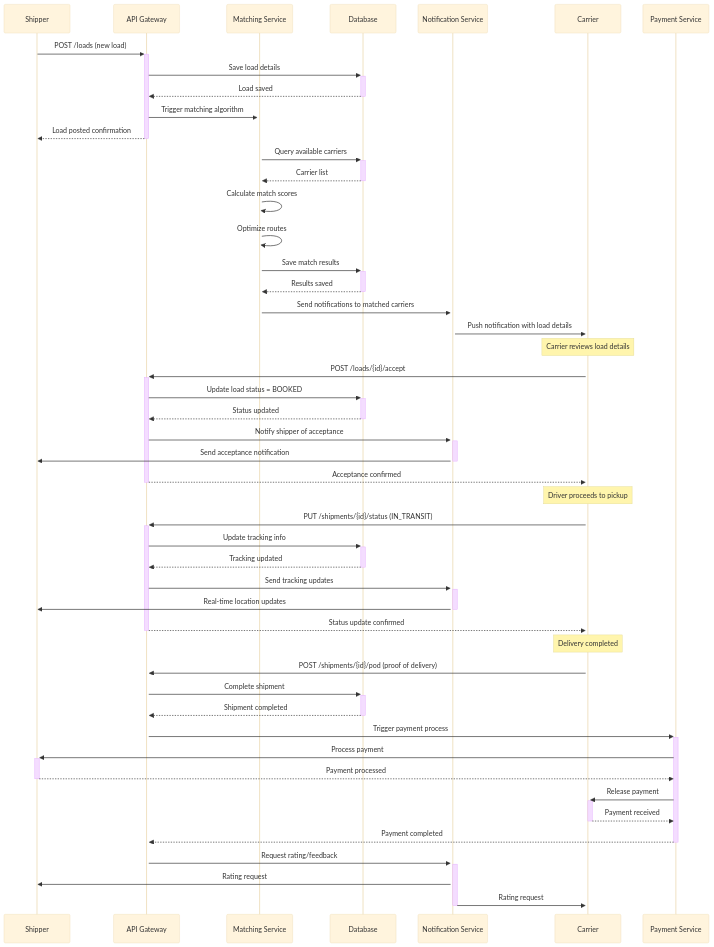
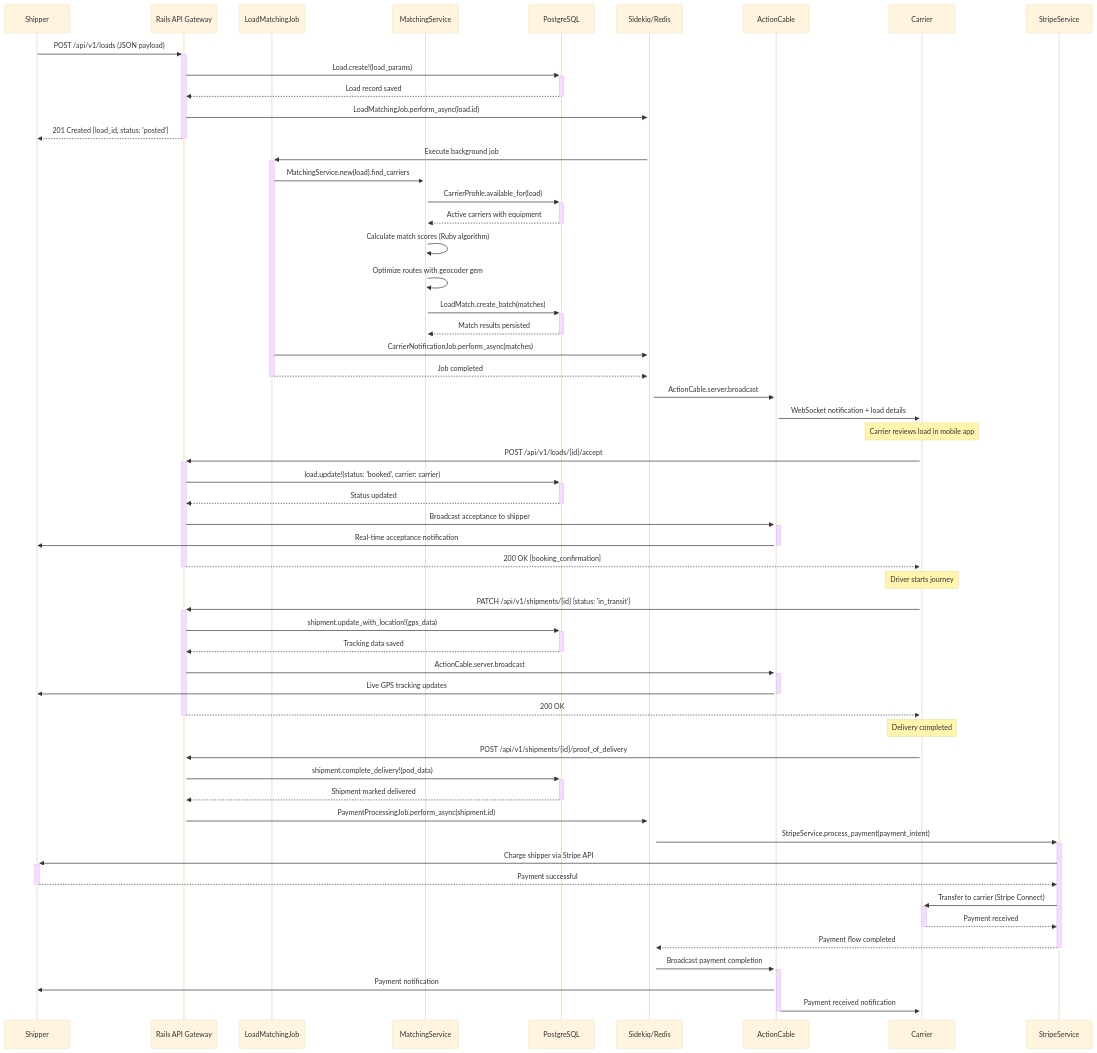
The second of 9 diagrams in UML_Design.md (John-Jepsen/digital-freight-matching), drawn with Mermaid (base theme) before and after one commit. The commit also changed other lines of this file and 3 other files, not shown here.

First line of the commit message:
feat: Complete Ruby/Rails architecture overhaul

````diff
--- a/UML_Design.md
+++ b/UML_Design.md
@@ -259,57 +240,64 @@
 ```mermaid
 sequenceDiagram
     participant S as Shipper
-    participant API as API Gateway
-    participant MS as Matching Service
-    participant DB as Database
-    participant NS as Notification Service
+    participant API as Rails API Gateway
+    participant LJ as LoadMatchingJob
+    participant MS as MatchingService
+    participant DB as PostgreSQL
+    participant RQ as Sidekiq/Redis
+    participant AC as ActionCable
     participant C as Carrier
-    participant PS as Payment Service
+    participant PS as StripeService
 
-    S->>+API: POST /loads (new load)
-    API->>+DB: Save load details
-    DB-->>-API: Load saved
-    API->>+MS: Trigger matching algorithm
-    API-->>-S: Load posted confirmation
+    S->>+API: POST /api/v1/loads (JSON payload)
+    API->>+DB: Load.create!(load_params)
+    DB-->>-API: Load record saved
+    API->>+RQ: LoadMatchingJob.perform_async(load.id)
+    API-->>-S: 201 Created {load_id, status: 'posted'}
 
-    MS->>+DB: Query available carriers
-    DB-->>-MS: Carrier list
-    MS->>MS: Calculate match scores
-    MS->>MS: Optimize routes
-    MS->>+DB: Save match results
-    DB-->>-MS: Results saved
+    RQ->>+LJ: Execute background job
+    LJ->>+MS: MatchingService.new(load).find_carriers
+    MS->>+DB: CarrierProfile.available_for(load)
+    DB-->>-MS: Active carriers with equipment
+    MS->>MS: Calculate match scores (Ruby algorithm)
+    MS->>MS: Optimize routes with geocoder gem
+    MS->>+DB: LoadMatch.create_batch(matches)
+    DB-->>-MS: Match results persisted
+    LJ->>+RQ: CarrierNotificationJob.perform_async(matches)
+    LJ-->>-RQ: Job completed
 
-    MS->>+NS: Send notifications to matched carriers
-    NS->>+C: Push notification with load details
-    Note over C: Carrier reviews load details
+    RQ->>+AC: ActionCable.server.broadcast
+    AC->>+C: WebSocket notification + load details
+    Note over C: Carrier reviews load in mobile app
 
-    C->>+API: POST /loads/{id}/accept
-    API->>+DB: Update load status = BOOKED
+    C->>+API: POST /api/v1/loads/{id}/accept
+    API->>+DB: load.update!(status: 'booked', carrier: carrier)
     DB-->>-API: Status updated
-    API->>+NS: Notify shipper of acceptance
-    NS->>-S: Send acceptance notification
-    API-->>-C: Acceptance confirmed
+    API->>+AC: Broadcast acceptance to shipper
+    AC->>-S: Real-time acceptance notification
+    API-->>-C: 200 OK {booking_confirmation}
 
-    Note over C: Driver proceeds to pickup
-    C->>+API: PUT /shipments/{id}/status (IN_TRANSIT)
-    API->>+DB: Update tracking info
-    DB-->>-API: Tracking updated
-    API->>+NS: Send tracking updates
-    NS->>-S: Real-time location updates
-    API-->>-C: Status update confirmed
+    Note over C: Driver starts journey
+    C->>+API: PATCH /api/v1/shipments/{id} {status: 'in_transit'}
+    API->>+DB: shipment.update_with_location!(gps_data)
+    DB-->>-API: Tracking data saved
+    API->>+AC: ActionCable.server.broadcast
+    AC->>-S: Live GPS tracking updates
+    API-->>-C: 200 OK
 
     Note over C: Delivery completed
-    C->>+API: POST /shipments/{id}/pod (proof of delivery)
-    API->>+DB: Complete shipment
-    DB-->>-API: Shipment completed
-    API->>+PS: Trigger payment process
-    PS->>+S: Process payment
-    S-->>-PS: Payment processed
-    PS->>+C: Release payment
+    C->>+API: POST /api/v1/shipments/{id}/proof_of_delivery
+    API->>+DB: shipment.complete_delivery!(pod_data)
+    DB-->>-API: Shipment marked delivered
+    API->>+RQ: PaymentProcessingJob.perform_async(shipment.id)
+    RQ->>+PS: StripeService.process_payment(payment_intent)
+    PS->>+S: Charge shipper via Stripe API
+    S-->>-PS: Payment successful
+    PS->>+C: Transfer to carrier (Stripe Connect)
     C-->>-PS: Payment received
-    PS-->>-API: Payment completed
+    PS-->>-RQ: Payment flow completed
 
-    API->>+NS: Request rating/feedback
-    NS->>S: Rating request
-    NS->>-C: Rating request
+    RQ->>+AC: Broadcast payment completion
+    AC->>S: Payment notification
+    AC->>-C: Payment received notification
 ```
````
